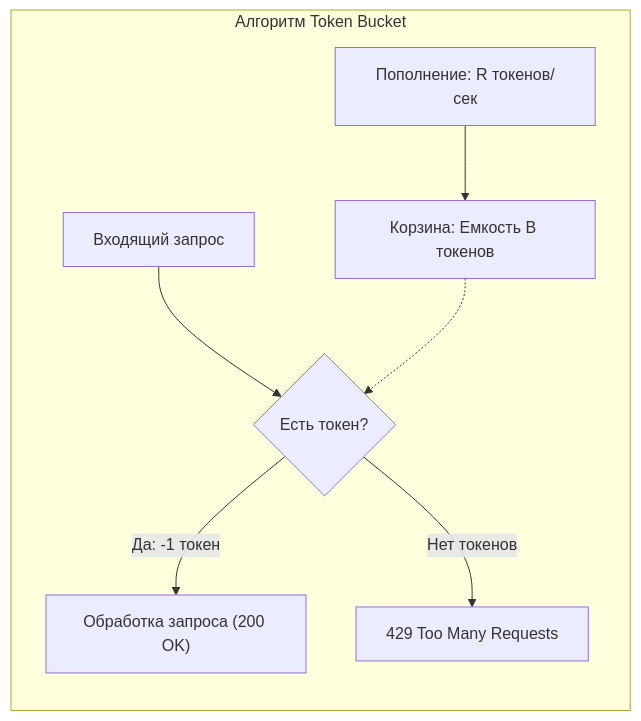
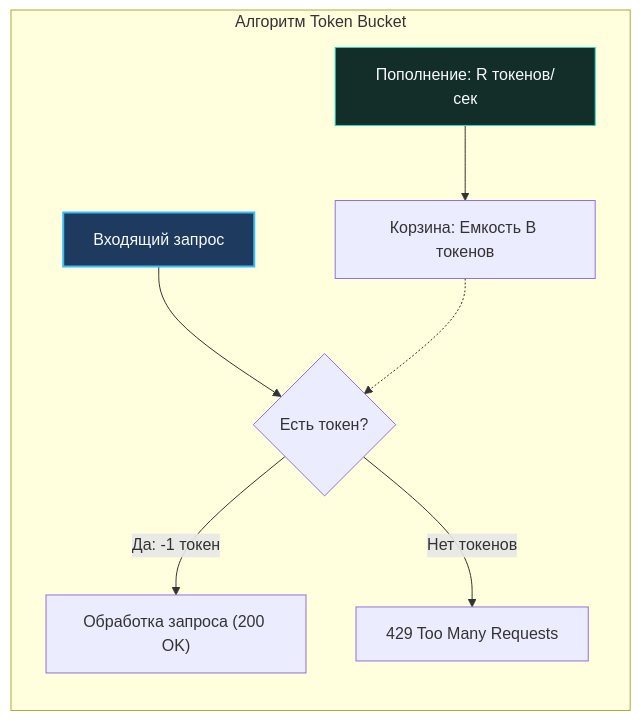
The second of 3 diagrams in sources/3. Компьютерные сети и сетевой стек/33. DDoS, Rate Limiting и базовая защита сетевых сервисов.md (UnrealTemplier/go-textbook), drawn with Mermaid before and after one commit. The commit also changed other lines of this file and 1666 other files, not shown here.

First line of the commit message:
feat(mermaid): add semantic color classDef to 1369 colorless flowchart/graph diagrams

````diff
--- a/sources/3. Компьютерные сети и сетевой стек/33. DDoS, Rate Limiting и базовая защита сетевых сервисов.md
+++ b/sources/3. Компьютерные сети и сетевой стек/33. DDoS, Rate Limiting и базовая защита сетевых сервисов.md
@@ -51,10 +61,20 @@
 ```mermaid
 flowchart LR
+    classDef process  fill:#1e293b,stroke:#38bdf8,stroke-width:1px,color:#f8fafc
+    classDef success  fill:#064e3b,stroke:#34d399,stroke-width:1px,color:#f8fafc
+    classDef error    fill:#7f1d1d,stroke:#f87171,stroke-width:1px,color:#f8fafc
+    classDef warning  fill:#78350f,stroke:#fbbf24,stroke-width:1px,color:#f8fafc
+    classDef entry    fill:#1e3a5f,stroke:#38bdf8,stroke-width:2px,color:#f8fafc
+    classDef aux      fill:#334155,stroke:#64748b,stroke-width:1px,color:#f8fafc
+    classDef system   fill:#312e81,stroke:#a78bfa,stroke-width:1px,color:#f8fafc
+    classDef data     fill:#132d29,stroke:#2dd4bf,stroke-width:1px,color:#f8fafc
+    classDef network  fill:#881337,stroke:#fb7185,stroke-width:1px,color:#f8fafc
+    classDef accent   fill:#1e1b4b,stroke:#818cf8,stroke-width:1px,color:#f8fafc
     subgraph TokenBucket ["Алгоритм Token Bucket"]
-        Refill["Пополнение: R токенов/сек"] --> Bucket["Корзина: Емкость B токенов"]
-        Req["Входящий запрос"] --> Check{"Есть токен?"}
+        Refill["Пополнение: R токенов/сек"]:::data --> Bucket["Корзина: Емкость B токенов"]
+        Req["Входящий запрос"]:::entry --> Check{"Есть токен?"}
         Bucket -.-> Check
         Check -- "Да: -1 токен" --> Process["Обработка запроса (200 OK)"]
         Check -- "Нет токенов" --> Reject["429 Too Many Requests"]
     end
 ```
````
